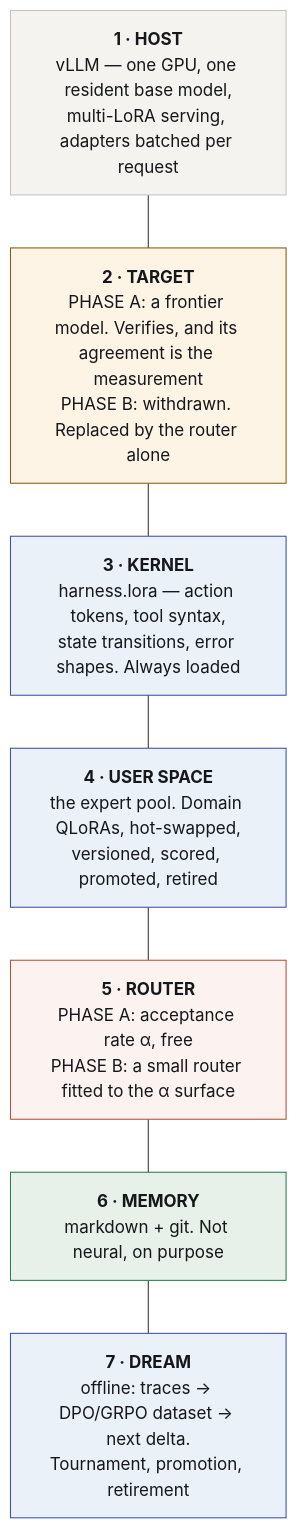
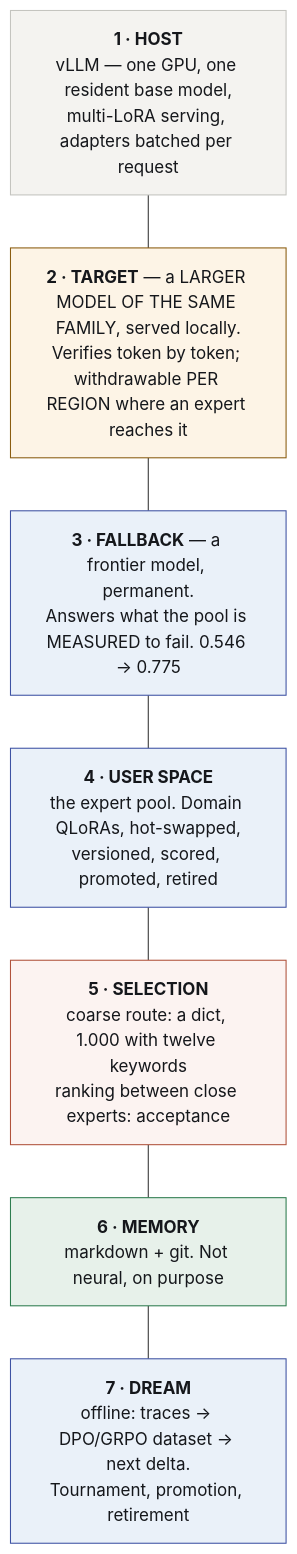
The diagram in docs/ARCHITECTURE.md (EvolvingAgentsLabs/lora-kernel), drawn with Mermaid before and after one commit. The commit also changed other lines of this file and 6 other files, not shown here.

````diff
--- a/docs/ARCHITECTURE.md
+++ b/docs/ARCHITECTURE.md
@@ -15,23 +15,23 @@
 ```mermaid
 flowchart TB
     L1["<b>1 · HOST</b><br>vLLM — one GPU, one resident base model,<br>multi-LoRA serving, adapters batched per request"]
-    L2["<b>2 · TARGET</b><br>PHASE A: a frontier model. Verifies, and its agreement is the measurement<br>PHASE B: withdrawn. Replaced by the router alone"]
-    L3["<b>3 · KERNEL</b><br>harness.lora — action tokens, tool syntax,<br>state transitions, error shapes. Always loaded"]
+    L2["<b>2 · TARGET</b> — a LARGER MODEL OF THE SAME FAMILY, served locally.<br>Verifies token by token; withdrawable PER REGION where an expert reaches it"]
+    L3["<b>3 · FALLBACK</b> — a frontier model, permanent.<br>Answers what the pool is MEASURED to fail. 0.546 → 0.775"]
     L4["<b>4 · USER SPACE</b><br>the expert pool. Domain QLoRAs, hot-swapped,<br>versioned, scored, promoted, retired"]
-    L5["<b>5 · ROUTER</b><br>PHASE A: acceptance rate α, free<br>PHASE B: a small router fitted to the α surface"]
+    L5["<b>5 · SELECTION</b><br>coarse route: a dict, 1.000 with twelve keywords<br>ranking between close experts: acceptance"]
     L6["<b>6 · MEMORY</b><br>markdown + git. Not neural, on purpose"]
     L7["<b>7 · DREAM</b><br>offline: traces → DPO/GRPO dataset → next delta.<br>Tournament, promotion, retirement"]
 
     L1 --- L2 --- L3 --- L4 --- L5 --- L6 --- L7
 
     classDef host fill:#F4F3F0,stroke:#C4C4BF,color:#15171B
     classDef target fill:#FDF4E6,stroke:#8A5C10,color:#15171B
     classDef lora fill:#EAF1F9,stroke:#3E52A3,color:#15171B
     classDef open fill:#FCF3F1,stroke:#B0523C,color:#15171B
     classDef text fill:#E7F1EA,stroke:#2E7D4F,color:#15171B
     class L1 host
     class L2 target
     class L3,L4,L7 lora
     class L5 open
     class L6 text
 ```
````
